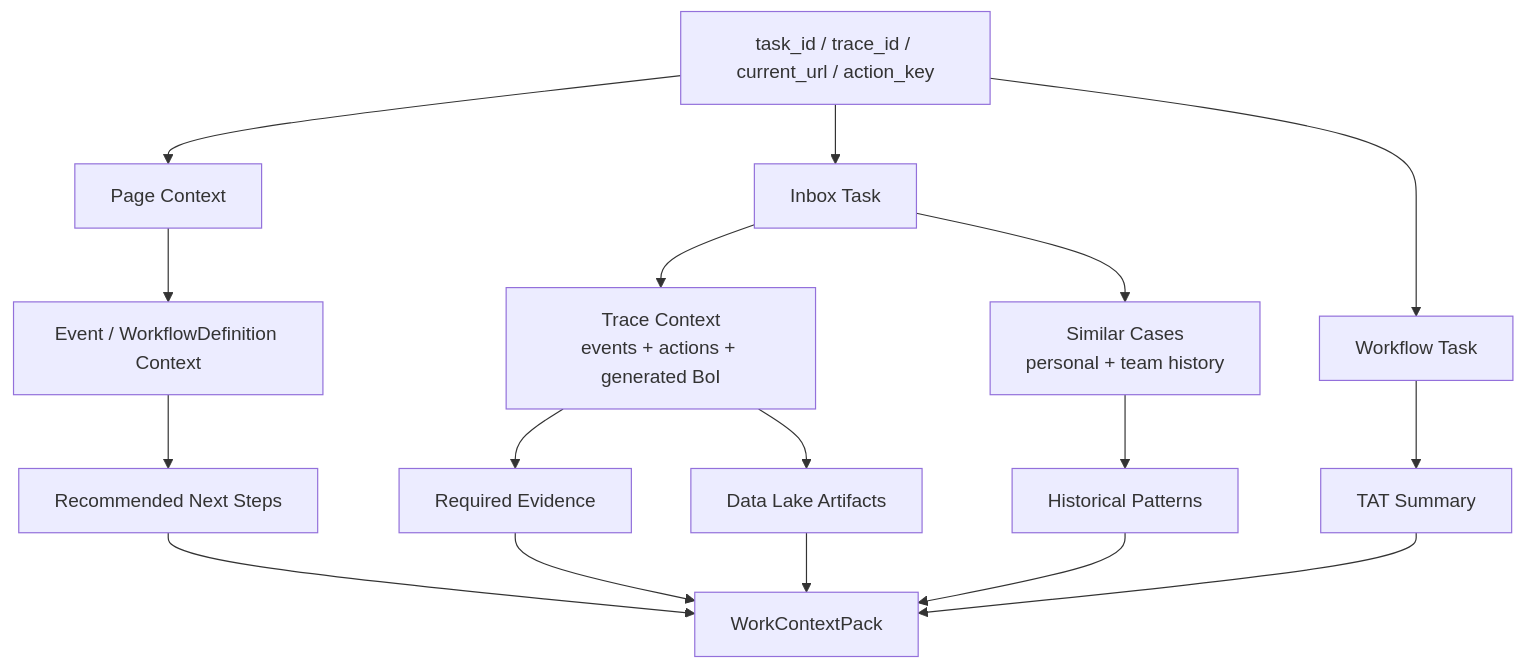
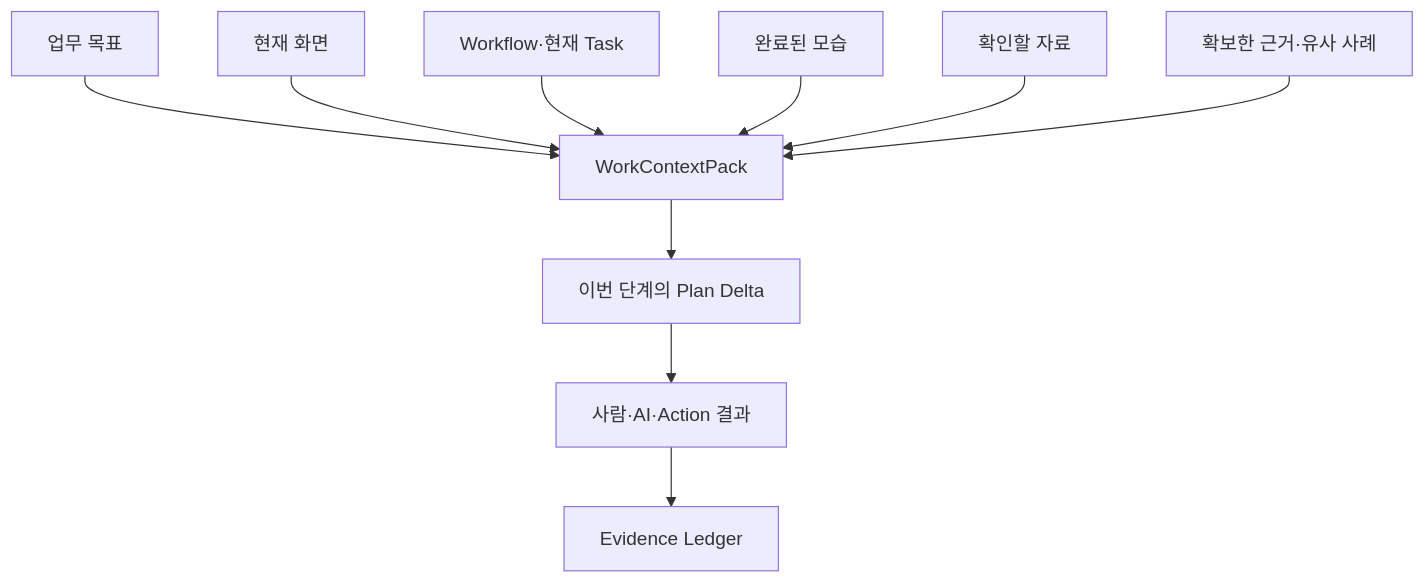
The diagram in data/boi/public/boi-wiki-manual/agent/work-context-pack.md (chokukil/boi-wiki), drawn with Mermaid before and after one commit. The commit also changed other lines of this file and 89 other files, not shown here.

````diff
--- a/data/boi/public/boi-wiki-manual/agent/work-context-pack.md
+++ b/data/boi/public/boi-wiki-manual/agent/work-context-pack.md
@@ -34,19 +36,12 @@
 ```mermaid
 flowchart TD
-  INPUT["task_id / trace_id / current_url / action_key"] --> PAGE["Page Context"]
-  INPUT --> TASK["Inbox Task"]
-  INPUT --> WT["Workflow Task"]
-  TASK --> TRACE["Trace Context<br/>events + actions + generated BoI"]
-  WT --> TAT["TAT Summary"]
-  TASK --> HIST["Similar Cases<br/>personal + team history"]
-  TRACE --> EVIDENCE["Required Evidence"]
-  TRACE --> ART["Data Lake Artifacts"]
-  HIST --> PATTERN["Historical Patterns"]
-  PAGE --> CAP["Event / WorkflowDefinition Context"]
-  CAP --> NEXT["Recommended Next Steps"]
-  EVIDENCE --> PACK["WorkContextPack"]
-  ART --> PACK
-  TAT --> PACK
-  PATTERN --> PACK
-  NEXT --> PACK
+  GOAL["업무 목표"] --> PACK["WorkContextPack"]
+  PAGE["현재 화면"] --> PACK
+  TASK["Workflow·현재 Task"] --> PACK
+  DONE["완료된 모습"] --> PACK
+  NEED["확인할 자료"] --> PACK
+  FOUND["확보한 근거·유사 사례"] --> PACK
+  PACK --> PLAN["이번 단계의 Plan Delta"]
+  PLAN --> RESULT["사람·AI·Action 결과"]
+  RESULT --> LEDGER["Evidence Ledger"]
 ```
````
